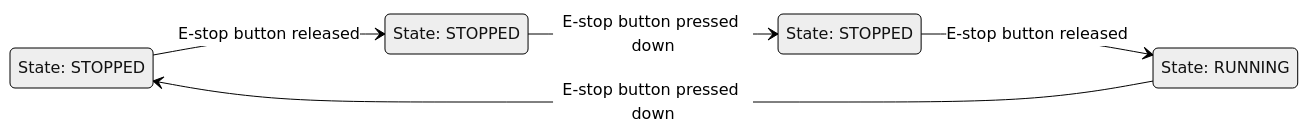
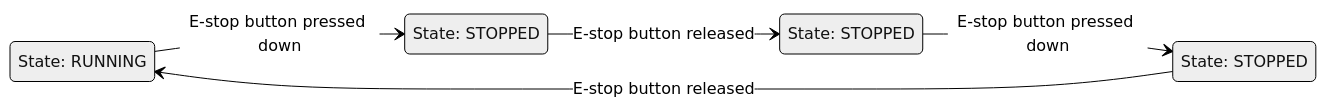
One commit to garg-divyansh/CG2111A-Alex changed the first of 2 diagrams in README.md. Above: the diagram before and after it, drawn with Mermaid (neutral theme). The commit also changed other lines of this file, not shown here.

Commit message:
Fix duplicate state definition in mermaid diagram

````diff
--- a/README.md
+++ b/README.md
@@ -641,14 +641,14 @@
 ```mermaid
 stateDiagram-v2
     direction LR
     
+    state "State: RUNNING" as RUN1
     state "State: STOPPED" as STOP1
     state "State: STOPPED" as STOP2
     state "State: STOPPED" as STOP3
-    state "State: RUNNING" as RUN1
 
     RUN1 --> STOP1 : E-stop button pressed down
     STOP1 --> STOP2 : E-stop button released
     STOP2 --> STOP3 : E-stop button pressed down
     STOP3 --> RUN1 : E-stop button released
 ```
````
